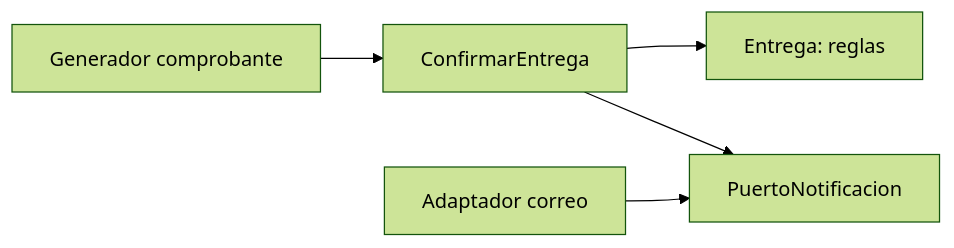
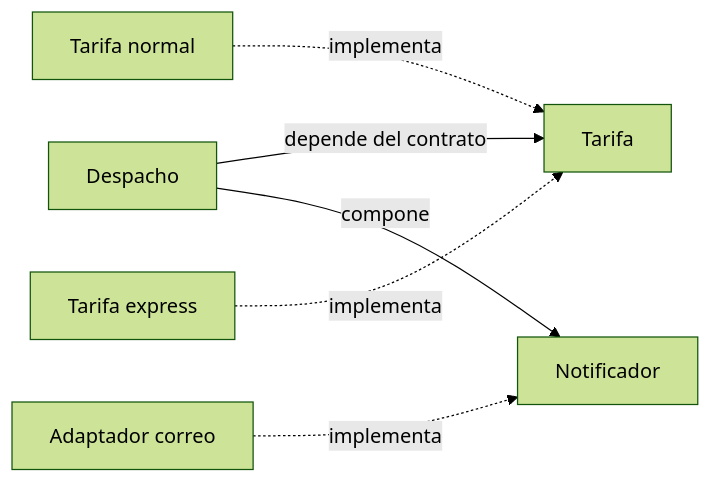
Before and after one commit to NICORUIZ93/Academia_Floci: the diagram in web/public/content/java/modulo-12.md, drawn with Mermaid (forest theme). The commit also changed other lines of this file and 11 other files, not shown here.

````diff
--- a/web/public/content/java/modulo-12.md
+++ b/web/public/content/java/modulo-12.md
@@ -167,7 +190,8 @@
 ```mermaid
 flowchart LR
-    UC["ConfirmarEntrega"] --> DOMAIN["Entrega: reglas"]
-    UC --> PORT["PuertoNotificacion"]
-    EMAIL["Adaptador correo"] --> PORT
-    PDF["Generador comprobante"] --> UC
+    UC["Despacho"] -->|depende del contrato| TARIFF["Tarifa"]
+    NORMAL["Tarifa normal"] -.->|implementa| TARIFF
+    EXPRESS["Tarifa express"] -.->|implementa| TARIFF
+    UC -->|compone| NOTIFY["Notificador"]
+    EMAIL["Adaptador correo"] -.->|implementa| NOTIFY
 ```
````
